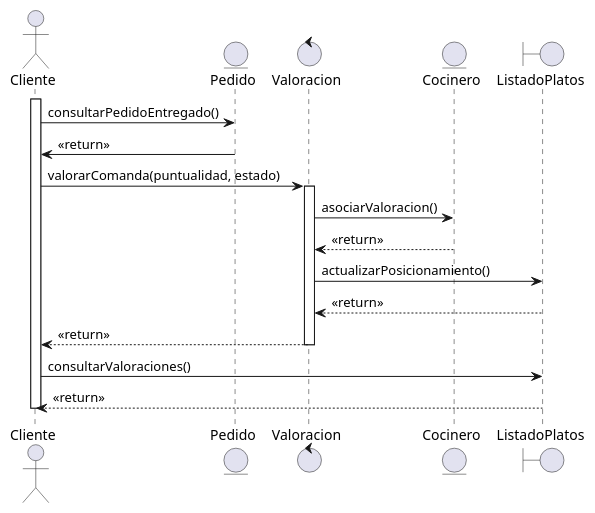
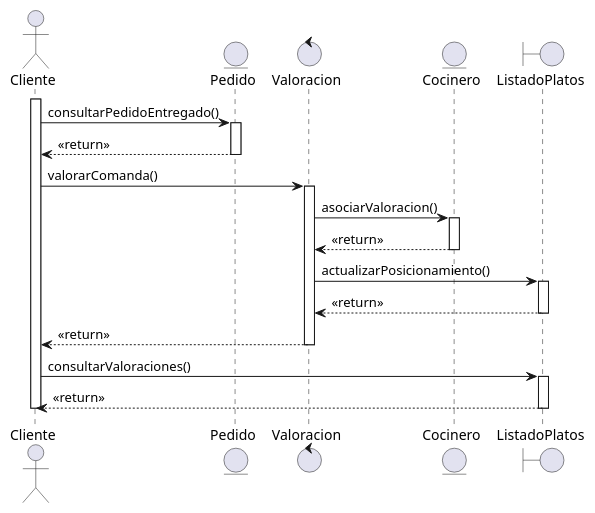
The diagram in documents/Diagramas Secuencia/CodigoUML/bloq5.pUML (dabien3/ES25UAB-511-05), drawn with PlantUML before and after one commit. The commit also changed other lines of this file, not shown here.

Commit message:
CORRECCION bloq5.pUML

```diff
--- a/documents/Diagramas Secuencia/CodigoUML/bloq5.pUML
+++ b/documents/Diagramas Secuencia/CodigoUML/bloq5.pUML
@@ -1,29 +1,37 @@
 @startuml
 actor Cliente
 entity Pedido
 control Valoracion
 entity Cocinero
 boundary ListadoPlatos
 
 activate Cliente
 
 Cliente -> Pedido : consultarPedidoEntregado()
-Pedido -> Cliente : <<return>>
+activate Pedido
+Pedido --> Cliente : <<return>>
+deactivate Pedido
 
-Cliente -> Valoracion : valorarComanda(puntualidad, estado)
+Cliente -> Valoracion : valorarComanda()
 activate Valoracion
 
 Valoracion -> Cocinero : asociarValoracion()
+activate Cocinero
 Cocinero --> Valoracion : <<return>>
+deactivate Cocinero
 
 Valoracion -> ListadoPlatos : actualizarPosicionamiento()
+activate ListadoPlatos
 ListadoPlatos --> Valoracion : <<return>>
+deactivate ListadoPlatos
 
 Valoracion --> Cliente : <<return>>
 deactivate Valoracion
 
 Cliente -> ListadoPlatos : consultarValoraciones()
+activate ListadoPlatos
 ListadoPlatos --> Cliente : <<return>>
+deactivate ListadoPlatos
 
 deactivate Cliente
 @enduml
```
